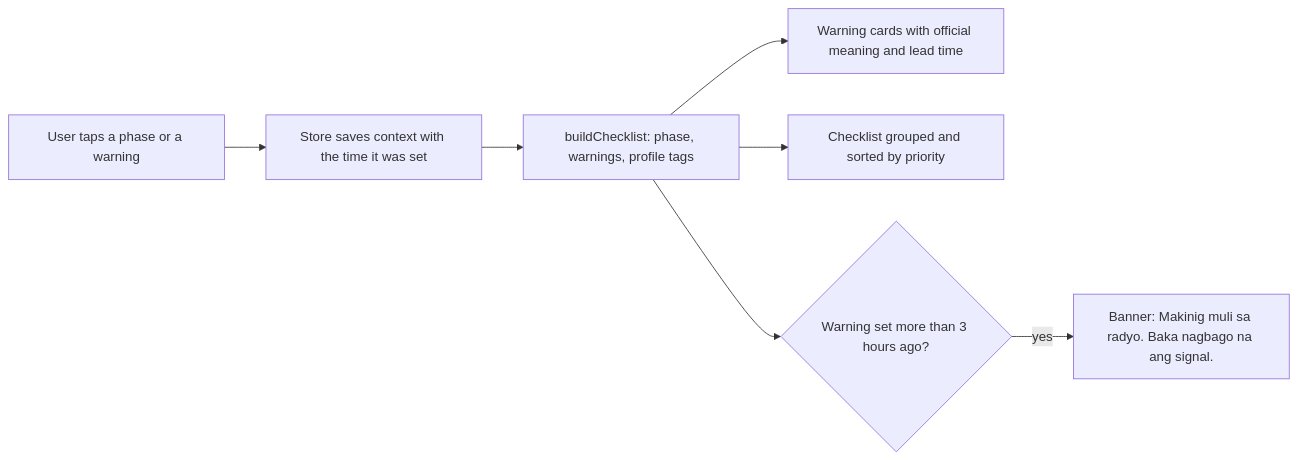
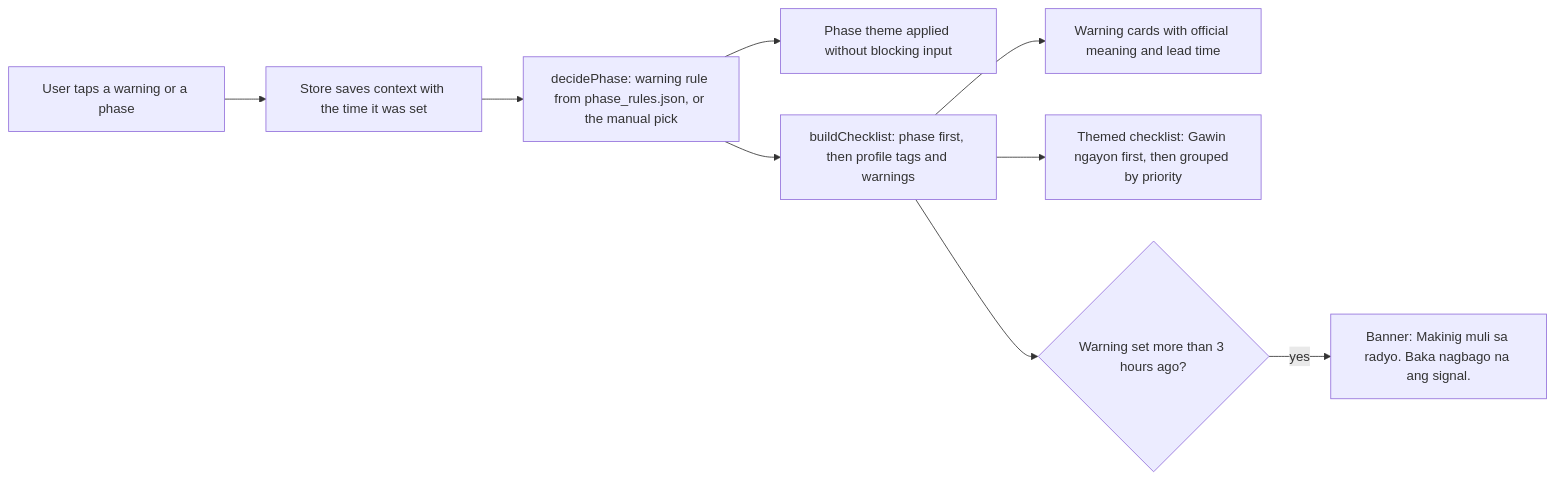
The second of 13 diagrams in docs/system-design.md (Jimuelle07/Sipat), drawn with Mermaid before and after one commit. The commit also changed other lines of this file and 32 other files, not shown here.

````diff
--- a/docs/system-design.md
+++ b/docs/system-design.md
@@ -142,9 +176,11 @@
 ```mermaid
 flowchart LR
-  T["User taps a phase or a warning"] --> C["Store saves context with the time it was set"]
-  C --> B["buildChecklist: phase, warnings, profile tags"]
+  T["User taps a warning or a phase"] --> C["Store saves context with the time it was set"]
+  C --> D["decidePhase: warning rule from phase_rules.json, or the manual pick"]
+  D --> TH["Phase theme applied without blocking input"]
+  D --> B["buildChecklist: phase first, then profile tags and warnings"]
   B --> W["Warning cards with official meaning and lead time"]
-  B --> L["Checklist grouped and sorted by priority"]
+  B --> L["Themed checklist: Gawin ngayon first, then grouped by priority"]
   B --> S{"Warning set more than 3 hours ago?"}
   S -- yes --> R["Banner: Makinig muli sa radyo. Baka nagbago na ang signal."]
 ```
````
